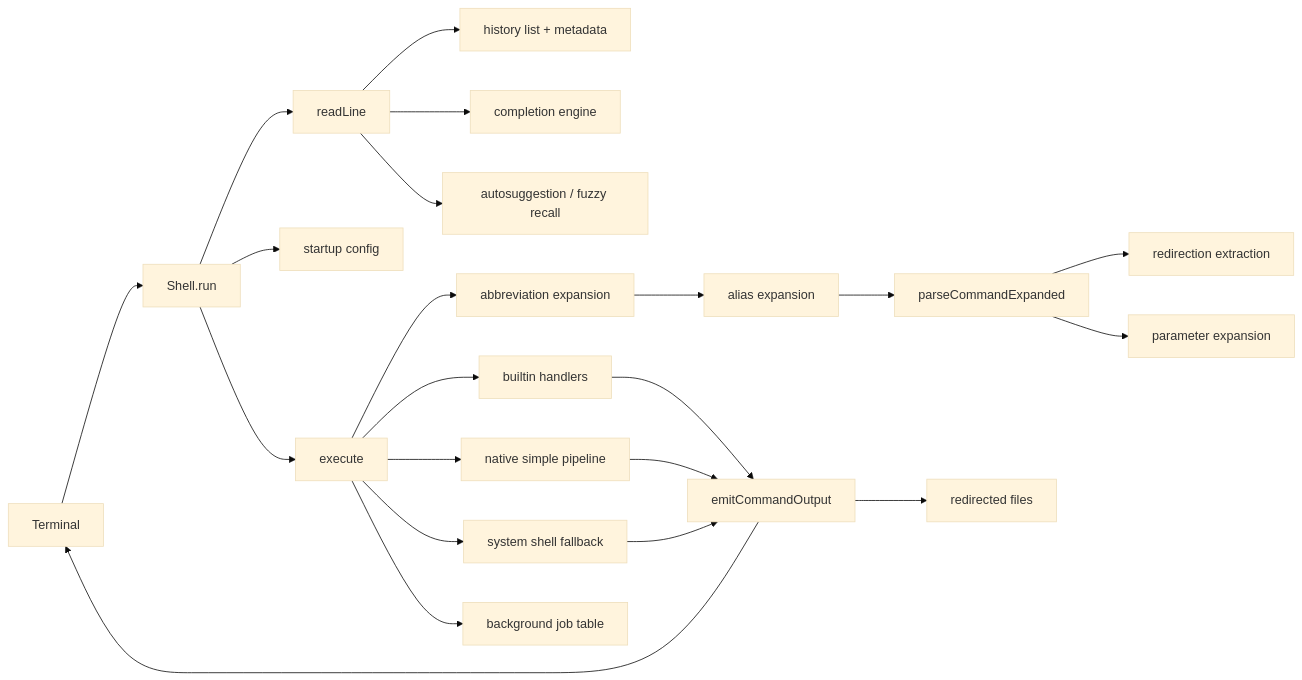
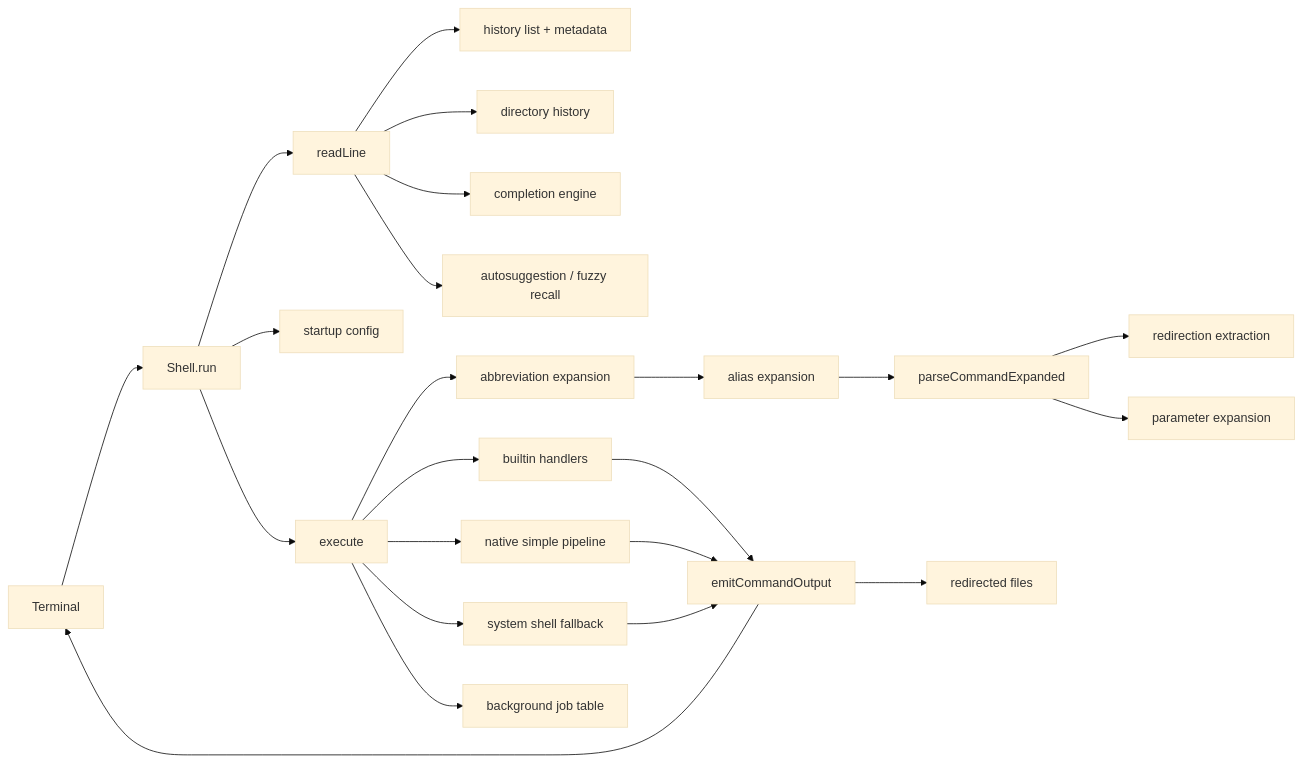
One commit to PascalAI2024/ZiggyZag changed the first of 2 diagrams in docs/ARCHITECTURE.md. Above: the diagram before and after it, drawn with Mermaid (base theme). The commit also changed other lines of this file and 6 other files, not shown here.

````diff
--- a/docs/ARCHITECTURE.md
+++ b/docs/ARCHITECTURE.md
@@ -7,24 +7,25 @@
 ```mermaid
 flowchart LR
     terminal["Terminal"] --> repl["Shell.run"]
     repl --> readline["readLine"]
     repl --> config["startup config"]
     readline --> history["history list + metadata"]
+    readline --> dirs["directory history"]
     readline --> completion["completion engine"]
     readline --> suggest["autosuggestion / fuzzy recall"]
     repl --> execute["execute"]
     execute --> abbr["abbreviation expansion"]
     abbr --> alias["alias expansion"]
     alias --> parser["parseCommandExpanded"]
     parser --> redirects["redirection extraction"]
     parser --> expansion["parameter expansion"]
     execute --> builtins["builtin handlers"]
     execute --> pipeline["native simple pipeline"]
     execute --> system["system shell fallback"]
     execute --> jobs["background job table"]
     builtins --> emit["emitCommandOutput"]
     pipeline --> emit
     system --> emit
     emit --> terminal
     emit --> files["redirected files"]
 ```
````
